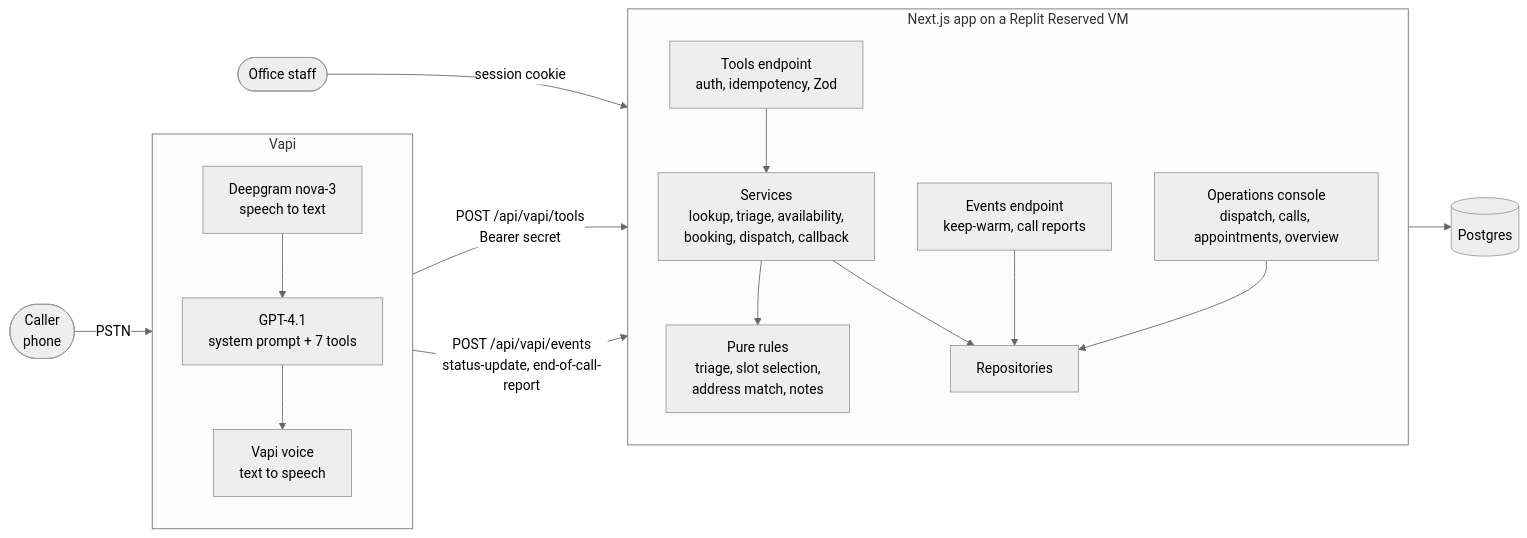
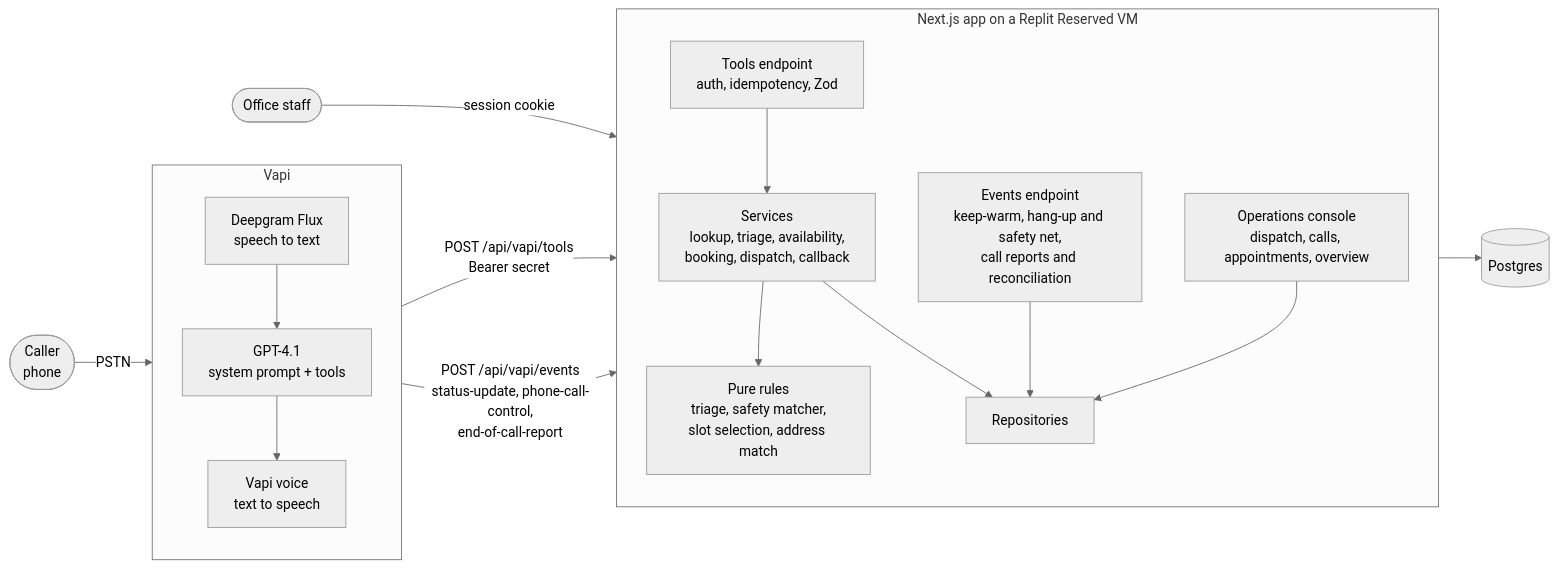
Before and after one commit to matthew-cahill-dev/summit-air-fde: the first of 2 diagrams in docs/ARCHITECTURE.md, drawn with Mermaid (neutral theme). The commit also changed other lines of this file and 7 other files, not shown here.

````diff
--- a/docs/ARCHITECTURE.md
+++ b/docs/ARCHITECTURE.md
@@ -9,25 +11,25 @@
 ```mermaid
 flowchart LR
-    caller([Caller<br/>phone]) -->|PSTN| vapi
+    caller(["Caller<br/>phone"]) -->|PSTN| vapi
 
     subgraph vapi [Vapi]
         direction TB
-        stt[Deepgram nova-3<br/>speech to text] --> llm[GPT-4.1<br/>system prompt + 7 tools]
-        llm --> tts[Vapi voice<br/>text to speech]
+        stt["Deepgram Flux<br/>speech to text"] --> llm["GPT-4.1<br/>system prompt + tools"]
+        llm --> tts["Vapi voice<br/>text to speech"]
     end
 
     llm -->|"POST /api/vapi/tools<br/>Bearer secret"| tools
-    vapi -->|"POST /api/vapi/events<br/>status-update, end-of-call-report"| events
+    vapi -->|"POST /api/vapi/events<br/>status-update, phone-call-control,<br/>end-of-call-report"| events
 
     subgraph app [Next.js app on a Replit Reserved VM]
         direction TB
-        tools[Tools endpoint<br/>auth, idempotency, Zod] --> services[Services<br/>lookup, triage, availability,<br/>booking, dispatch, callback]
-        services --> rules[Pure rules<br/>triage, slot selection,<br/>address match, notes]
+        tools["Tools endpoint<br/>auth, idempotency, Zod"] --> services["Services<br/>lookup, triage, availability,<br/>booking, dispatch, callback"]
+        services --> rules["Pure rules<br/>triage, safety matcher,<br/>slot selection, address match"]
         services --> repos[Repositories]
-        events[Events endpoint<br/>keep-warm, call reports] --> repos
-        console[Operations console<br/>dispatch, calls, appointments, overview] --> repos
+        events["Events endpoint<br/>keep-warm, hang-up and safety net,<br/>call reports and reconciliation"] --> repos
+        console["Operations console<br/>dispatch, calls, appointments, overview"] --> repos
     end
 
-    repos --> pg[(Postgres)]
-    staff([Office staff]) -->|session cookie| console
+    repos --> pg[("Postgres")]
+    staff(["Office staff"]) -->|session cookie| console
 ```
````
